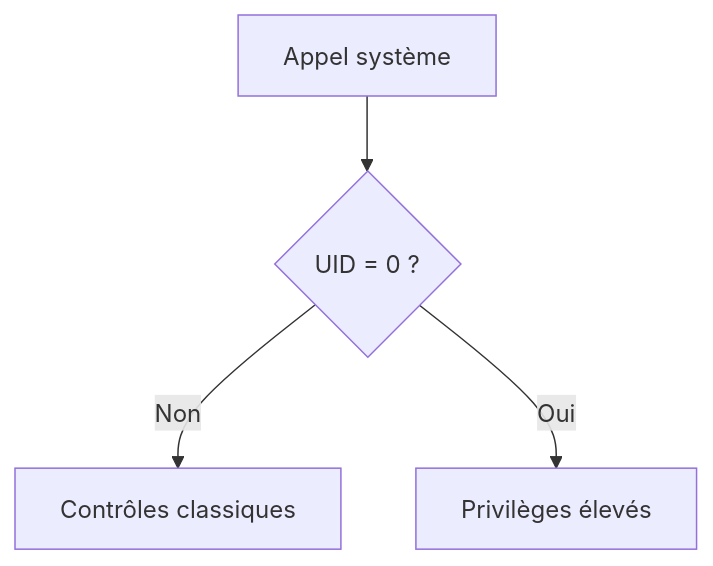
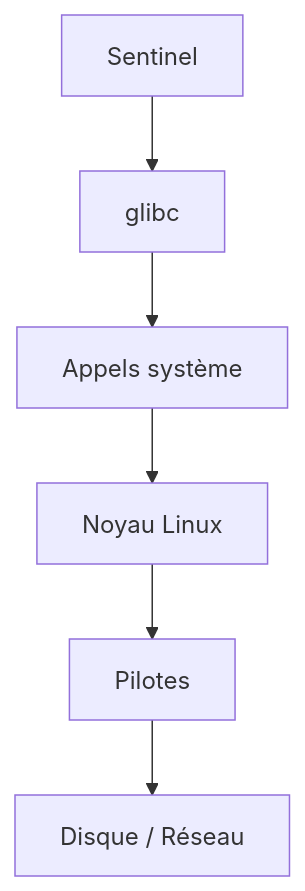
Before and after one commit to tdelaclos/formations: diagram 11 of 16 in campagne 1/1.3.md, drawn with Mermaid. The commit also changed other lines of this file, not shown here.

````diff
--- a/campagne 1/1.3.md
+++ b/campagne 1/1.3.md
@@ -634,15 +607,21 @@
 ```mermaid
 flowchart TD
 
-A["Appel système"]
+A["Sentinel"]
 
-B{"UID = 0 ?"}
+B["glibc"]
 
-C["Contrôles classiques"]
+C["Appels système"]
 
-D["Privilèges élevés"]
+D["Noyau Linux"]
+
+E["Pilotes"]
+
+F["Disque / Réseau"]
 
 A --> B
-B -->|Non| C
-B -->|Oui| D
+B --> C
+C --> D
+D --> E
+E --> F
 ```
````
